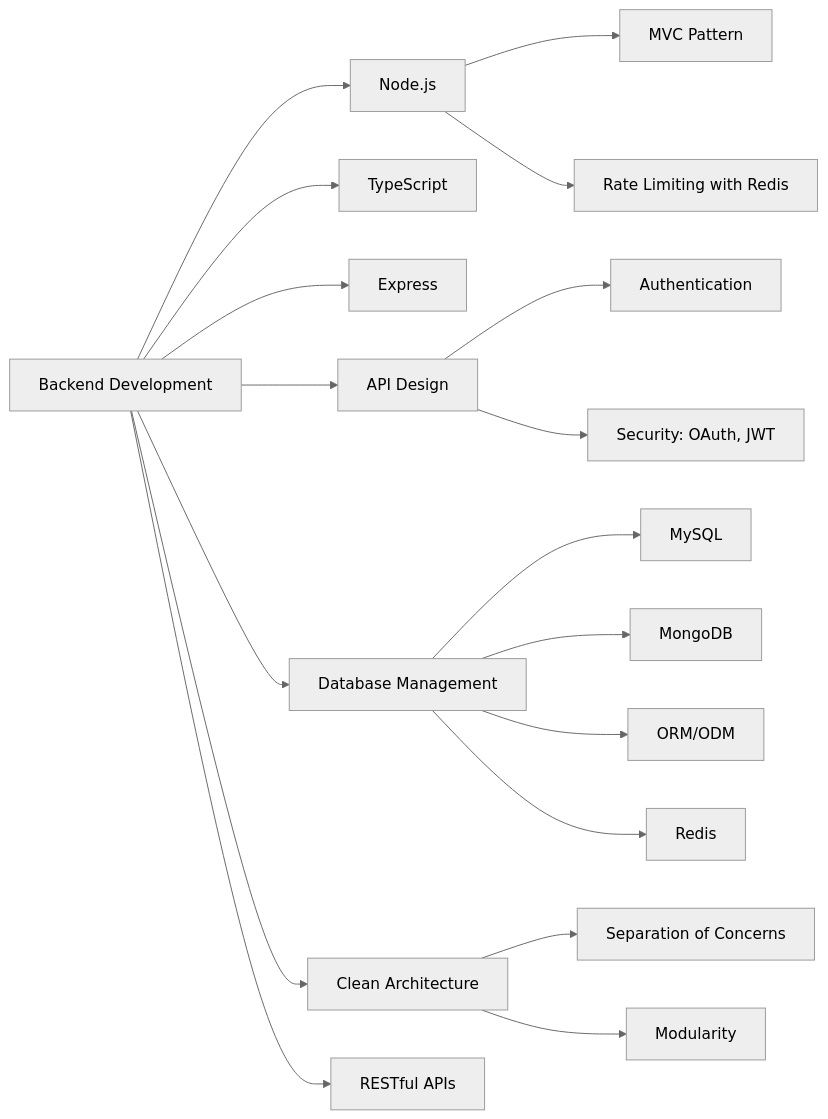
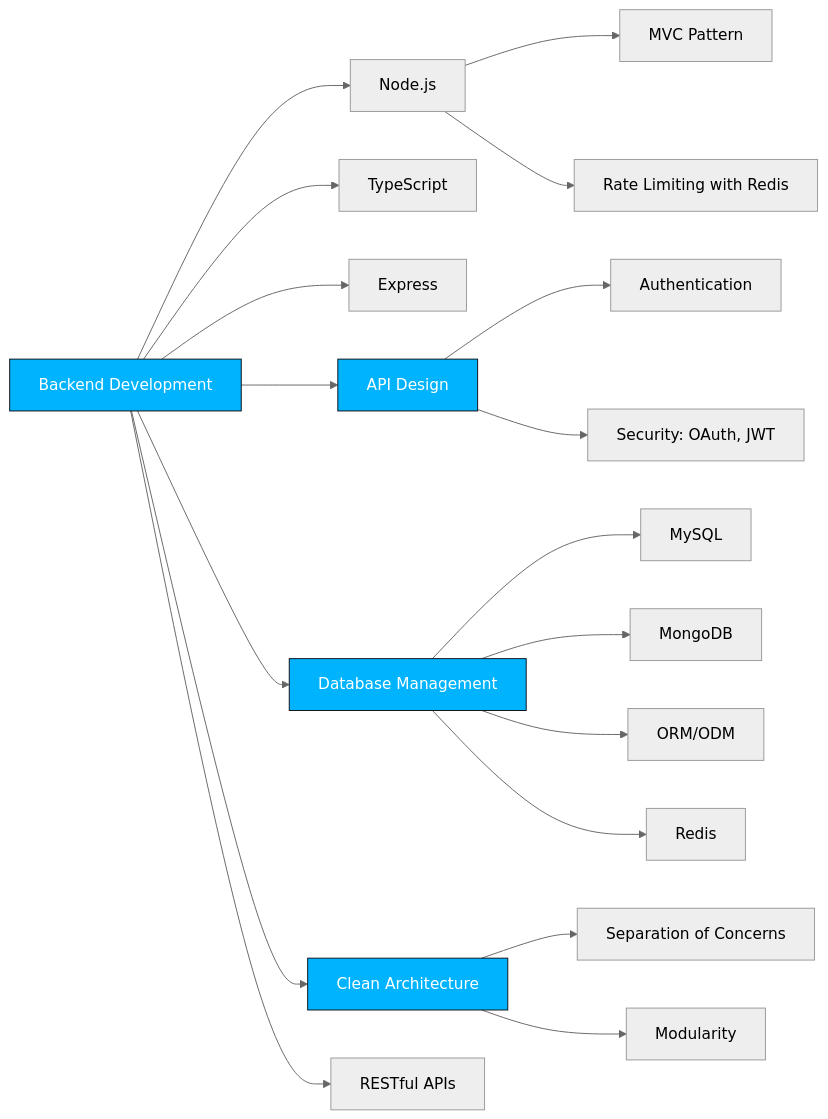
One commit to LOctavioDev/LOctavioDev changed the diagram in README.md. Above: the diagram before and after it, drawn with Mermaid (neutral theme). The commit also changed other lines of this file, not shown here.

````diff
--- a/README.md
+++ b/README.md
@@ -44,20 +71,25 @@
-``` mermaid
+```mermaid
 graph LR
   A[Backend Development] --> B[Node.js]
   A --> C[TypeScript]
   A --> D[Express]
   A --> E[API Design]
   A --> F[Database Management]
   B --> G[MVC Pattern]
   B --> H[Rate Limiting with Redis]
   E --> I[Authentication]
   E --> J[Security: OAuth, JWT]
   F --> K[MySQL]
   F --> L[MongoDB]
   F --> M[ORM/ODM]
   F --> N[Redis]
   A --> O[Clean Architecture]
   A --> P[RESTful APIs]
   O --> Q[Separation of Concerns]
   O --> R[Modularity]
+
+  style A fill:#00b3ff,stroke:#0d1117,color:#fff
+  style O fill:#00b3ff,stroke:#0d1117,color:#fff
+  style E fill:#00b3ff,stroke:#0d1117,color:#fff
+  style F fill:#00b3ff,stroke:#0d1117,color:#fff
 ```
````
